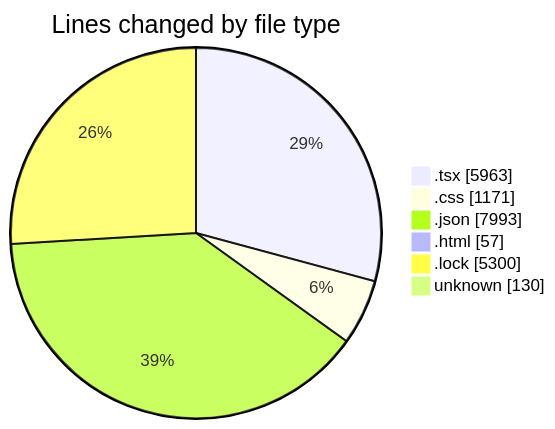
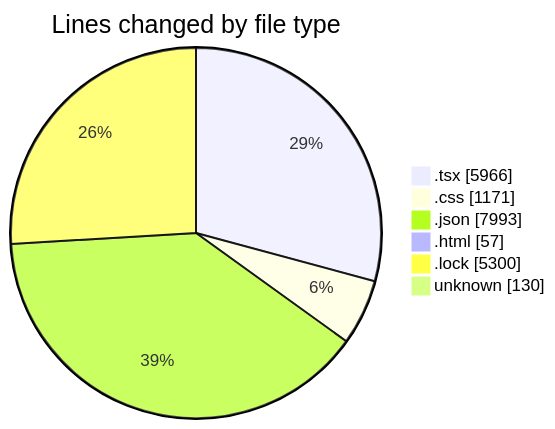
The first of 2 diagrams in 2025-08-12/ribbon/README.md (EIIisD/code-tracking), drawn with Mermaid before and after one commit. The commit also changed other lines of this file and 1 other file, not shown here.

````diff
--- a/2025-08-12/ribbon/README.md
+++ b/2025-08-12/ribbon/README.md
@@ -45,10 +45,10 @@
 ```mermaid
 pie showData
 title Lines changed by file type
-".tsx" : 5963
+".tsx" : 5966
 ".css" : 1171
 ".json" : 7993
 ".html" : 57
 ".lock" : 5300
 "unknown" : 130
 ```
````
